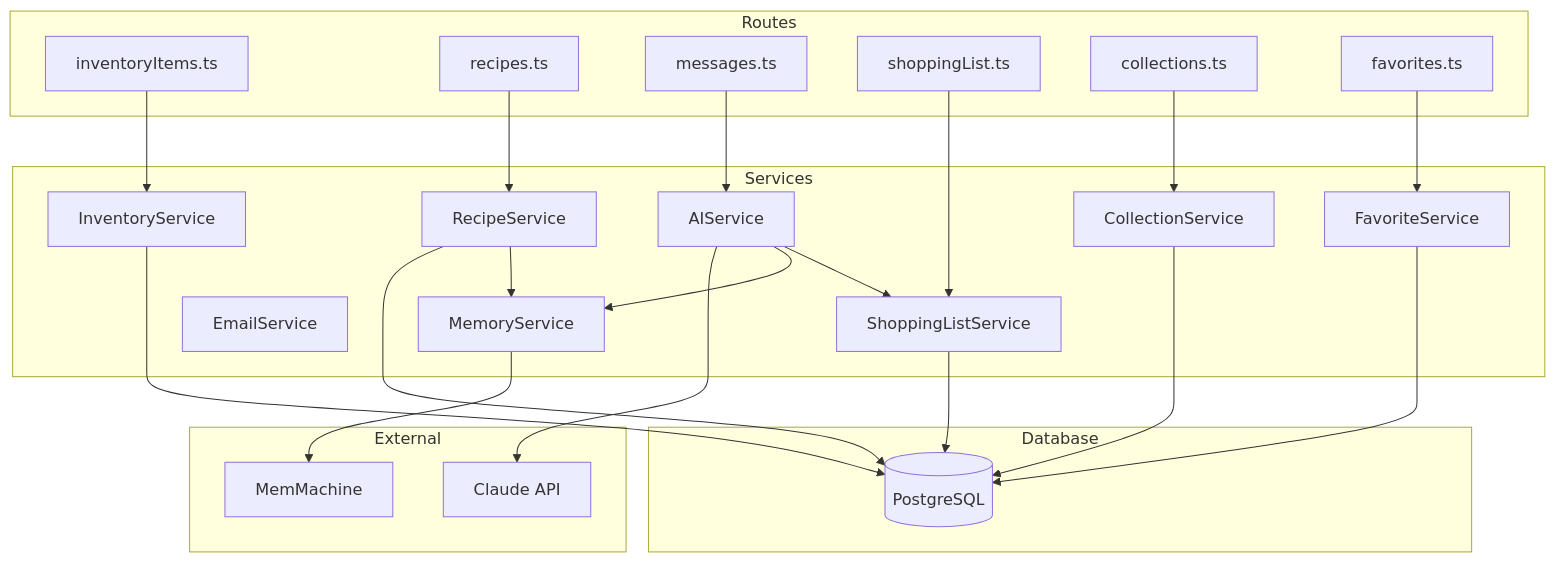
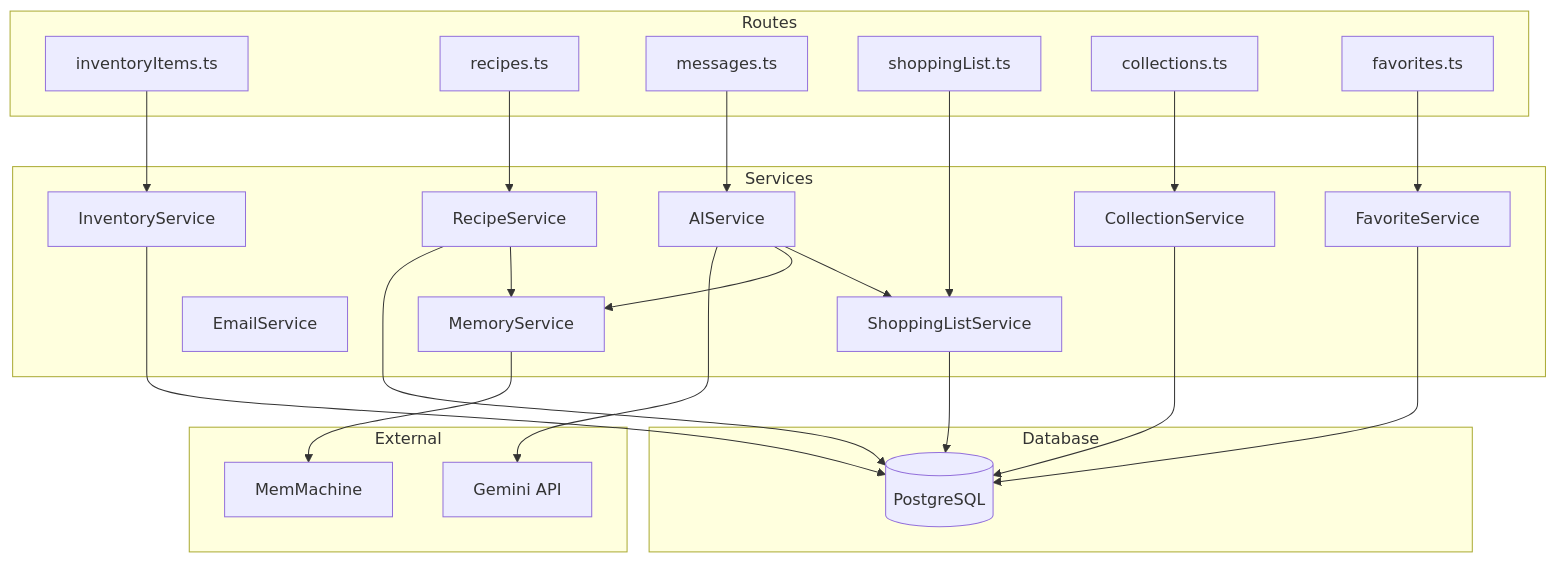
The sixth of 12 diagrams in Documentation/ARCHITECTURE.md (JLawMcGraw/alchemix), drawn with Mermaid before and after one commit. The commit also changed other lines of this file and 24 other files, not shown here.

````diff
--- a/Documentation/ARCHITECTURE.md
+++ b/Documentation/ARCHITECTURE.md
@@ -440,50 +443,50 @@
 ```mermaid
 graph TB
     subgraph Routes
         R1[inventoryItems.ts]
         R2[recipes.ts]
         R3[messages.ts]
         R4[shoppingList.ts]
         R5[collections.ts]
         R6[favorites.ts]
     end
 
     subgraph Services
         S1[InventoryService]
         S2[RecipeService]
         S3[MemoryService]
         S4[CollectionService]
         S5[FavoriteService]
         S6[EmailService]
         S7[AIService]
         S8[ShoppingListService]
     end
 
     subgraph Database
         DB[(PostgreSQL)]
     end
 
     subgraph External
-        Claude[Claude API]
+        Gemini[Gemini API]
         MM[MemMachine]
     end
 
     R1 --> S1
     R2 --> S2
     R3 --> S7
     R4 --> S8
     R5 --> S4
     R6 --> S5
 
     S1 --> DB
     S2 --> DB
     S4 --> DB
     S5 --> DB
     S8 --> DB
 
-    S7 --> Claude
+    S7 --> Gemini
     S7 --> S3
     S7 --> S8
     S3 --> MM
     S2 --> S3
 ```
````
